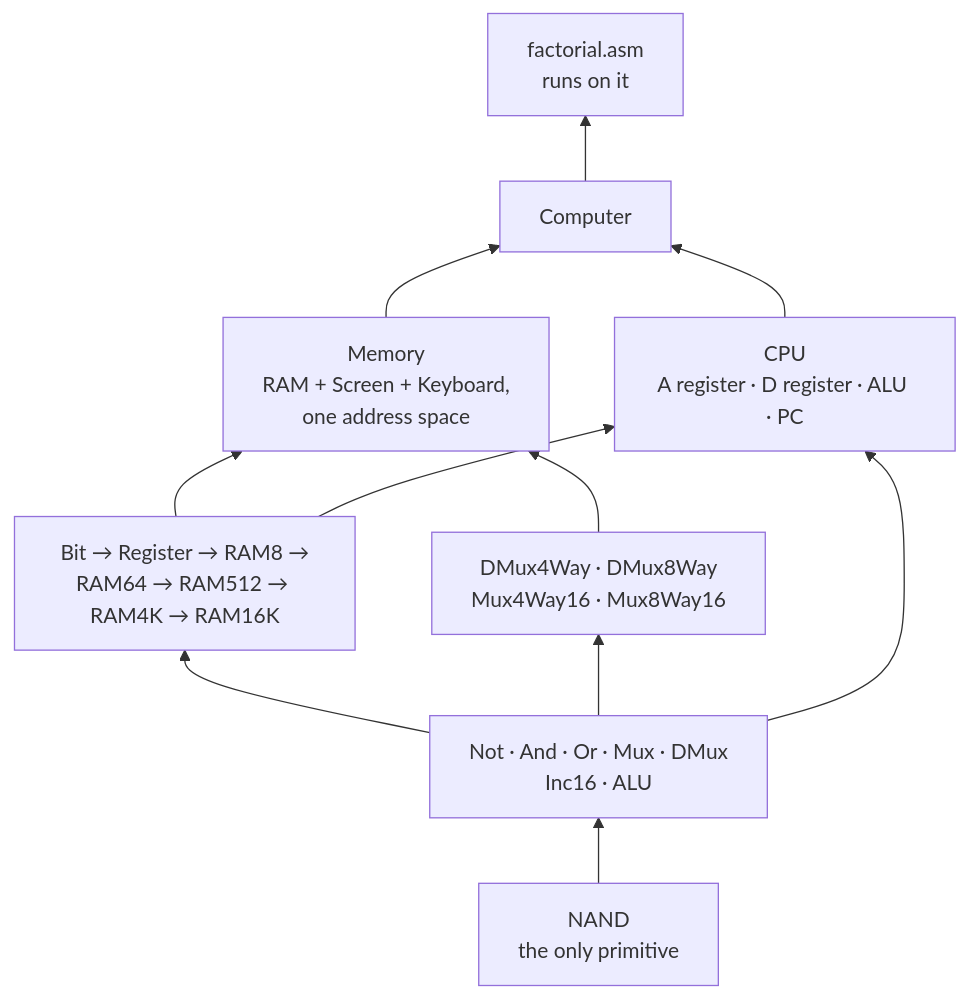
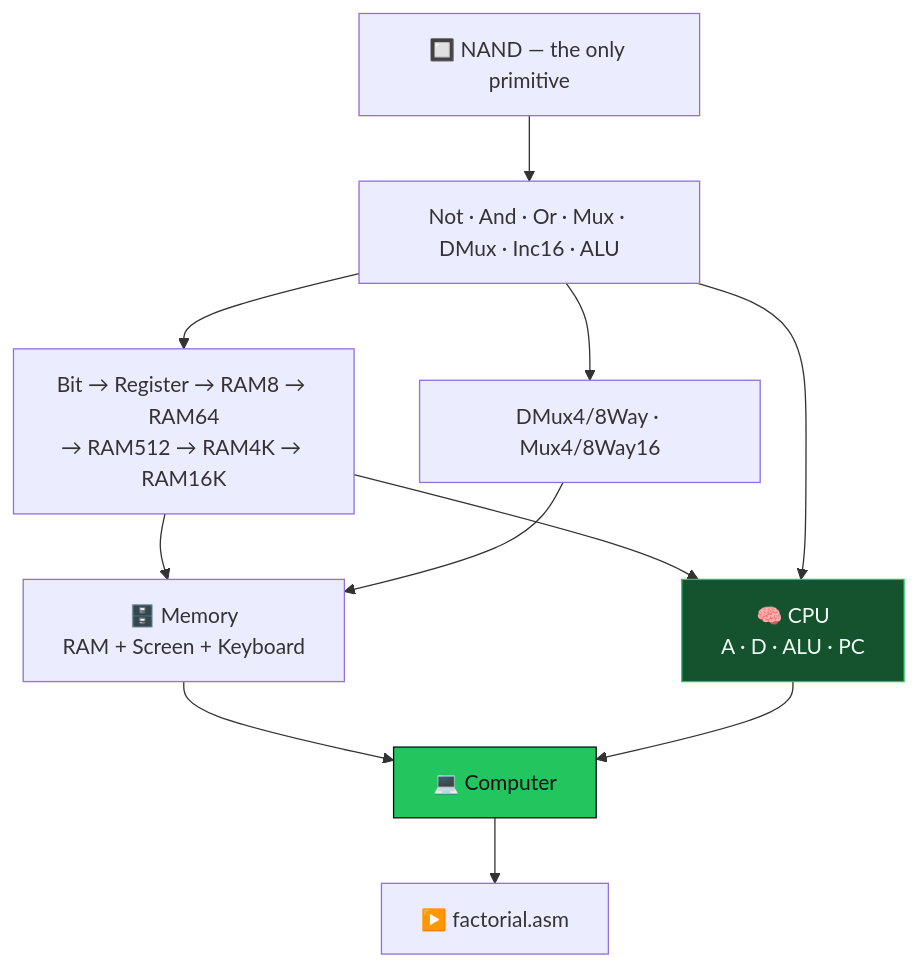
One commit to Vishal-AS-0407/portfolio changed the diagram in gh-readmes/Hack-Computer-Using-NAND-Gate/README.md. Above: the diagram before and after it, drawn with Mermaid. The commit also changed other lines of this file and 62 other files, not shown here.

````diff
--- a/gh-readmes/Hack-Computer-Using-NAND-Gate/README.md
+++ b/gh-readmes/Hack-Computer-Using-NAND-Gate/README.md
@@ -27,13 +25,15 @@
 ```mermaid
-flowchart BT
-    N["NAND<br/>the only primitive"] --> G["Not · And · Or · Mux · DMux<br/>Inc16 · ALU"]
-    G --> SEQ["Bit → Register → RAM8 →<br/>RAM64 → RAM512 → RAM4K → RAM16K"]
-    G --> ROUTE["DMux4Way · DMux8Way<br/>Mux4Way16 · Mux8Way16"]
-    SEQ --> MEM["Memory<br/>RAM + Screen + Keyboard,<br/>one address space"]
+flowchart TD
+    N["🔲 NAND — the only primitive"] --> G["Not · And · Or · Mux · DMux · Inc16 · ALU"]
+    G --> SEQ["Bit → Register → RAM8 → RAM64<br/>→ RAM512 → RAM4K → RAM16K"]
+    G --> ROUTE["DMux4/8Way · Mux4/8Way16"]
+    SEQ --> MEM["🗄️ Memory<br/>RAM + Screen + Keyboard"]
     ROUTE --> MEM
-    G --> CPU["CPU<br/>A register · D register · ALU · PC"]
-    SEQ --> CPU
-    MEM --> COMP["Computer"]
+    SEQ --> CPU["🧠 CPU<br/>A · D · ALU · PC"]
+    G --> CPU
+    MEM --> COMP["💻 Computer"]
     CPU --> COMP
-    COMP --> ASM["factorial.asm<br/>runs on it"]
+    COMP --> ASM["▶️ factorial.asm"]
+    style CPU fill:#14532D,stroke:#22C55E,color:#F0FDF4
+    style COMP fill:#22C55E,stroke:#0D1117,color:#0D1117
 ```
````
